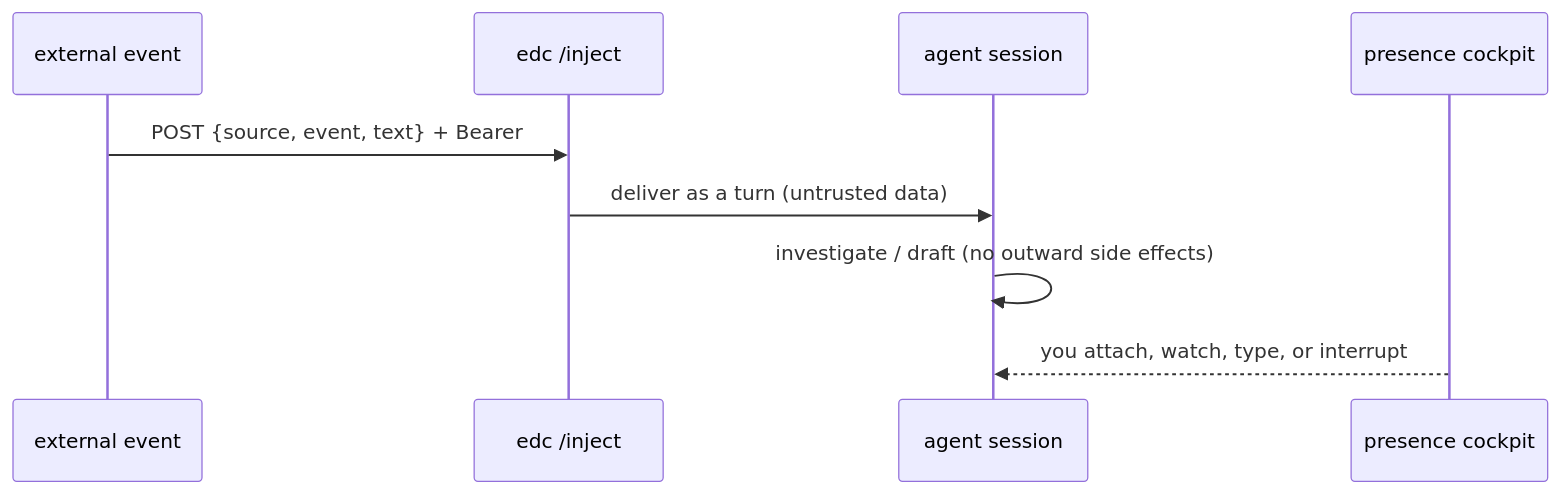
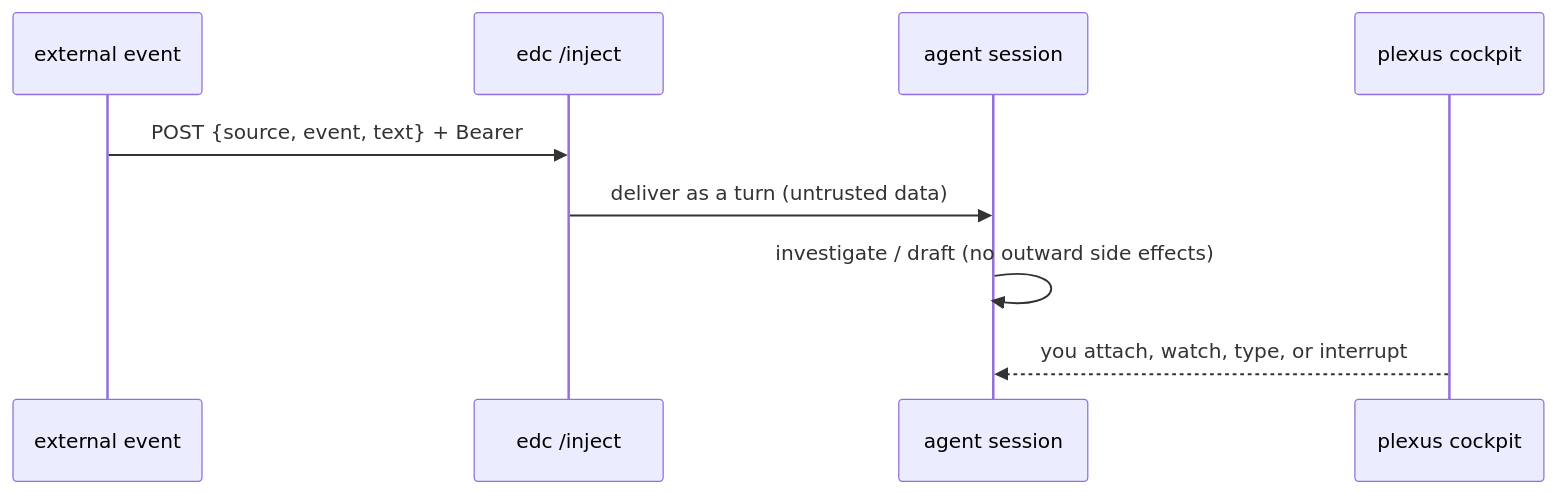
One commit to jjuanrivvera/presence changed the second of 2 diagrams in docs/architecture.md. Above: the diagram before and after it, drawn with Mermaid. The commit also changed other lines of this file and 40 other files, not shown here.

First line of the commit message:
Rename presence → plexus (binary, repo, module, config)

````diff
--- a/docs/architecture.md
+++ b/docs/architecture.md
@@ -48,11 +48,11 @@
 ```mermaid
 sequenceDiagram
   participant X as external event
   participant E as edc /inject
   participant A as agent session
-  participant P as presence cockpit
+  participant P as plexus cockpit
   X->>E: POST {source, event, text} + Bearer
   E->>A: deliver as a turn (untrusted data)
   A->>A: investigate / draft (no outward side effects)
   P-->>A: you attach, watch, type, or interrupt
 ```
````
